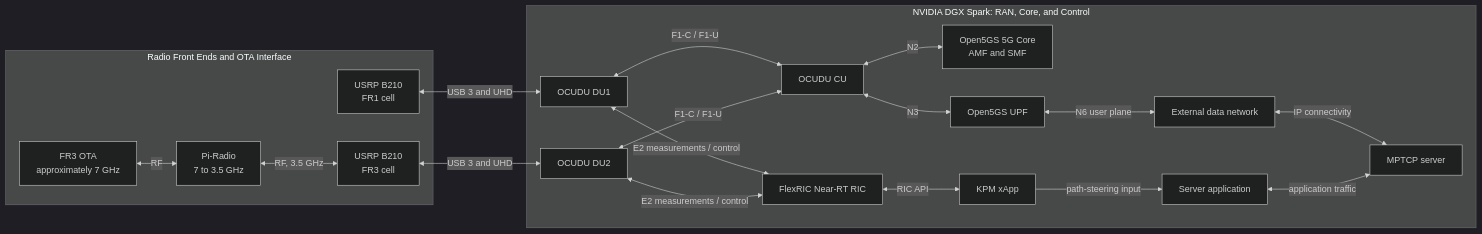
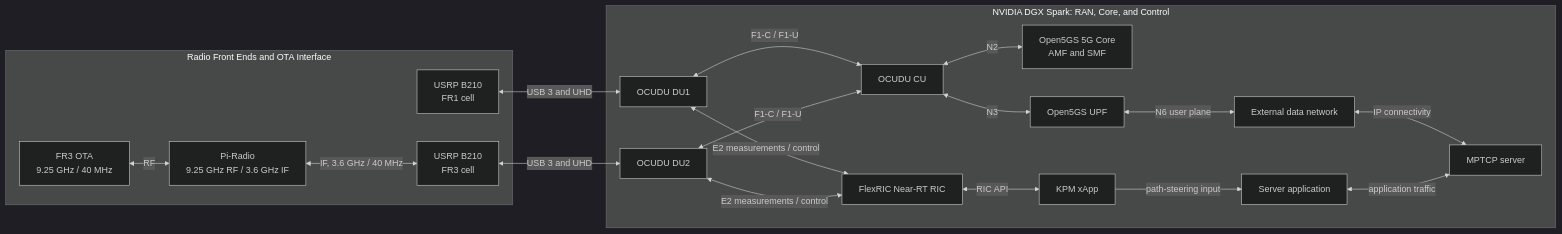
Before and after one commit to Ruibin2000/Falcon: the second of 2 diagrams in README.md, drawn with Mermaid (dark theme). The commit also changed other lines of this file and 18 other files, not shown here.

````diff
--- a/README.md
+++ b/README.md
@@ -148,39 +148,39 @@
 ```mermaid
 flowchart LR
     subgraph DGX[NVIDIA DGX Spark: RAN, Core, and Control]
         DU1[OCUDU DU1]
         DU2[OCUDU DU2]
         CU[OCUDU CU]
         Core[Open5GS 5G Core<br/>AMF and SMF]
         UPF[Open5GS UPF]
         RIC[FlexRIC Near-RT RIC]
         XAPP[KPM xApp]
         App[Server application]
         MPTCP[MPTCP server]
         DN[External data network]
 
         DU1 <-->|F1-C / F1-U| CU
         DU2 <-->|F1-C / F1-U| CU
         DU1 <-->|E2 measurements / control| RIC
         DU2 <-->|E2 measurements / control| RIC
         CU <-->|N2| Core
         CU <-->|N3| UPF
         UPF <-->|N6 user plane| DN
         DN <-->|IP connectivity| MPTCP
         RIC <-->|RIC API| XAPP
         XAPP -->|path-steering input| App
         App <-->|application traffic| MPTCP
     end
 
     subgraph RF[Radio Front Ends and OTA Interface]
         B1[USRP B210<br/>FR1 cell]
-        OTA3[FR3 OTA<br/>approximately 7 GHz]
-        PR[Pi-Radio<br/>7 to 3.5 GHz]
+        OTA3[FR3 OTA<br/>9.25 GHz / 40 MHz]
+        PR[Pi-Radio<br/>9.25 GHz RF / 3.6 GHz IF]
         B2[USRP B210<br/>FR3 cell]
         OTA3 <-->|RF| PR
-        PR <-->|RF, 3.5 GHz| B2
+        PR <-->|IF, 3.6 GHz / 40 MHz| B2
     end
 
     B1 <-->|USB 3 and UHD| DU1
     B2 <-->|USB 3 and UHD| DU2
 ```
````
